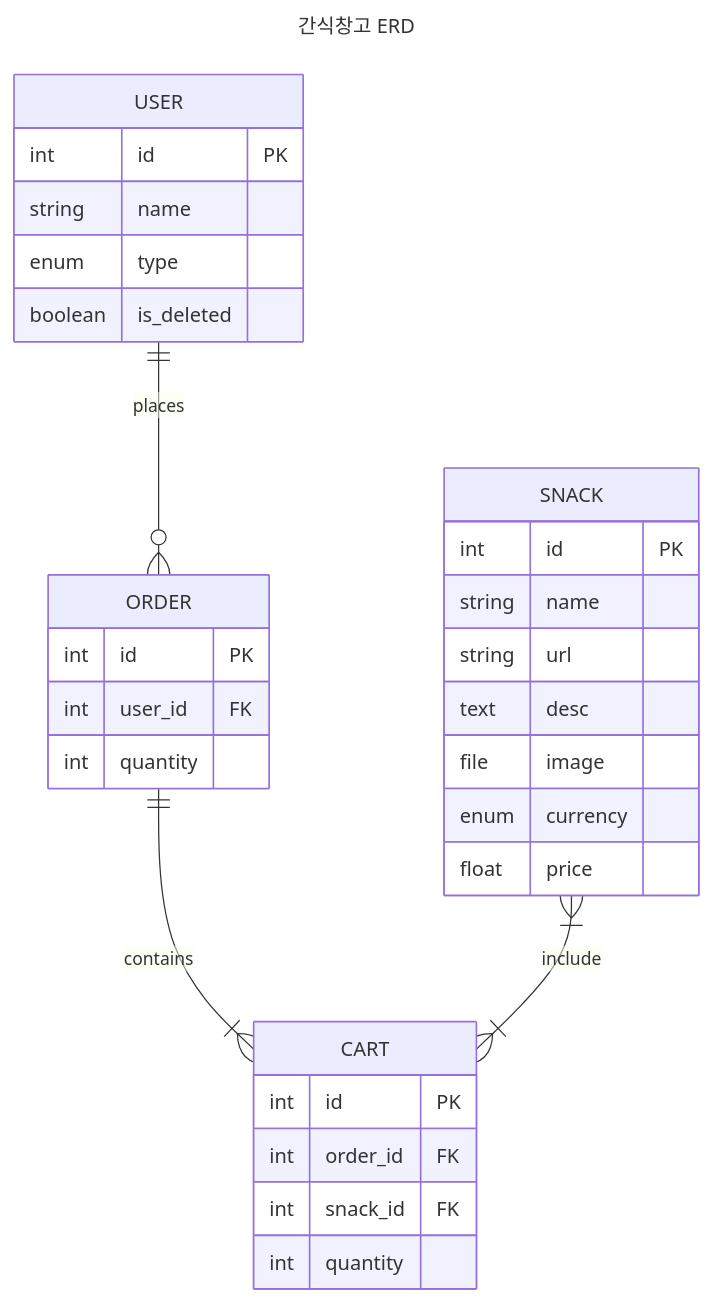
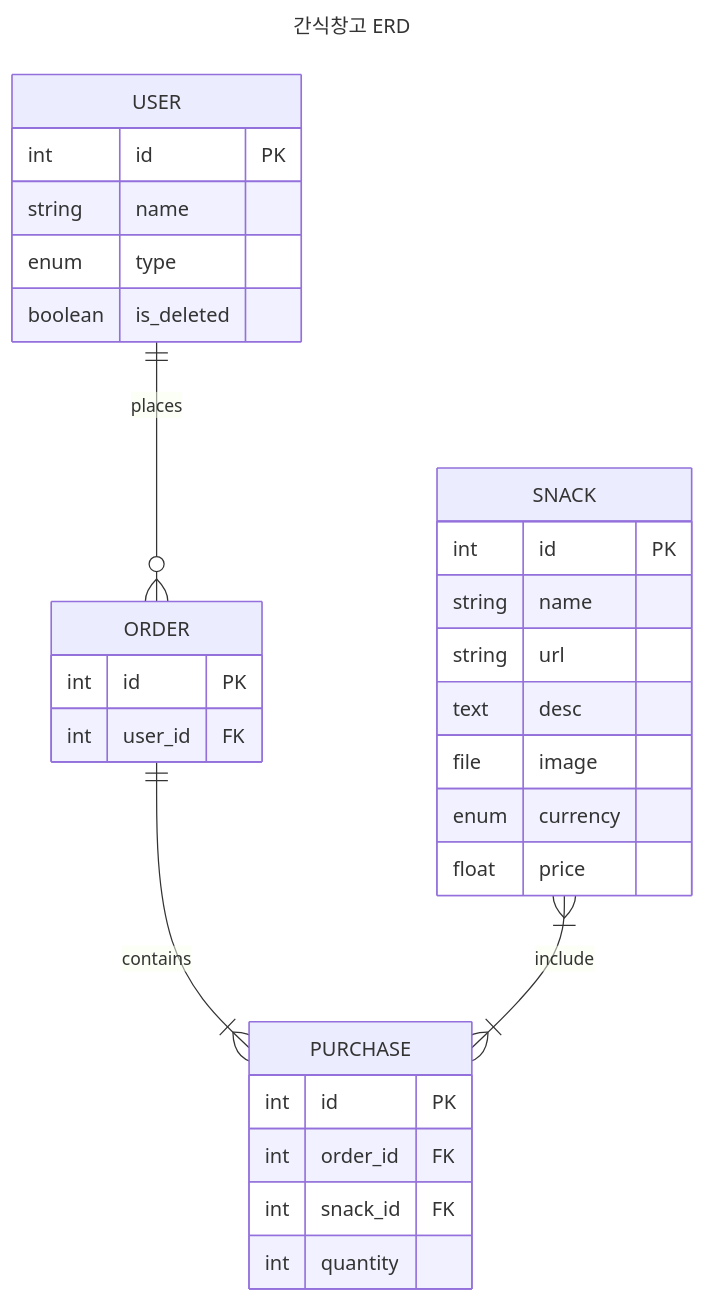
One commit to orchwang/snack-manager-server changed the third of 3 diagrams in README.md. Above: the diagram before and after it, drawn with Mermaid. The commit also changed 10 other files, not shown here.

Commit message:
Update Cart model name to Purchase

````diff
--- a/README.md
+++ b/README.md
@@ -309,36 +309,35 @@
 ```mermaid
 ---
 title: 간식창고 ERD
 ---
 erDiagram
     USER ||--o{ ORDER : places
-    ORDER ||--|{ CART: contains 
-    SNACK }|--|{ CART: include
+    ORDER ||--|{ PURCHASE: contains 
+    SNACK }|--|{ PURCHASE: include
 
     USER {
         int id PK
         string name
         enum type
         boolean is_deleted
     }
     ORDER {
         int id PK
         int user_id FK
-        int quantity
     }
-    CART {
+    PURCHASE {
         int id PK
         int order_id FK
         int snack_id FK
         int quantity
     }
     SNACK {
         int id PK
         string name
         string url
         text desc 
         file image
         enum currency
         float price
     }
 ```
````
